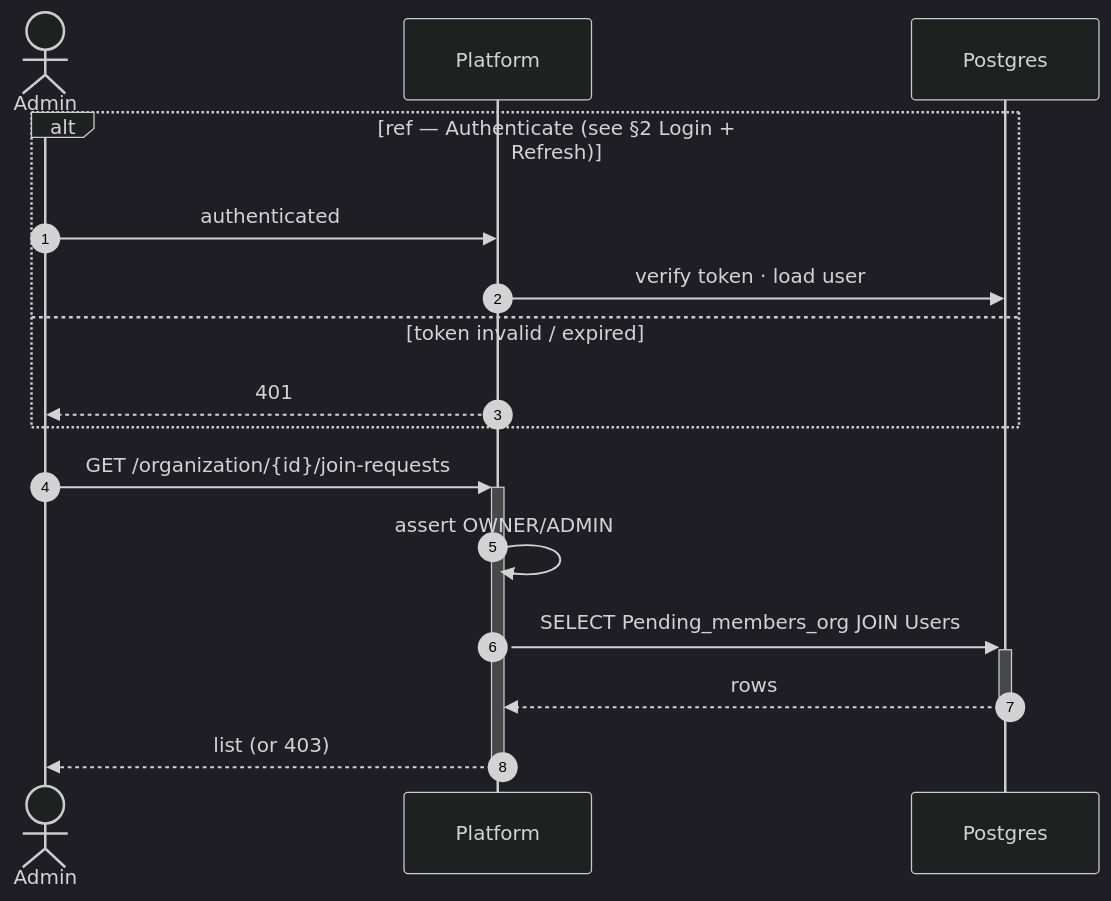
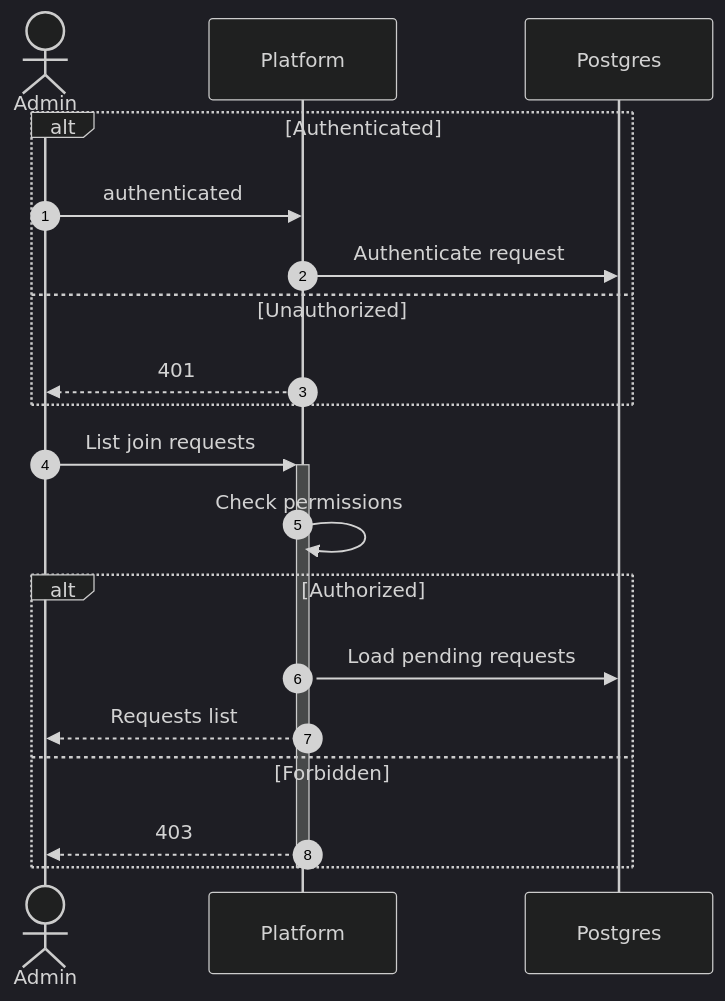
One commit to MohamedChebbi123/teamnest changed the sixth of 16 diagrams in docs/SEQUENCE_DIAGRAMS.md. Above: the diagram before and after it, drawn with Mermaid (dark theme). The commit also changed other lines of this file, not shown here.

````diff
--- a/docs/SEQUENCE_DIAGRAMS.md
+++ b/docs/SEQUENCE_DIAGRAMS.md
@@ -176,20 +217,24 @@
 ```mermaid
 sequenceDiagram
     autonumber
     actor Admin
     participant API as Platform
     participant DB as Postgres
 
-    alt ref — Authenticate (see §2 Login + Refresh)
+    alt Authenticated
         Admin->>API: authenticated
-        API->>DB: verify token · load user
-    else token invalid / expired
+        API->>DB: Authenticate request
+    else Unauthorized
         API-->>Admin: 401
     end
 
-    Admin->>+API: GET /organization/{id}/join-requests
-    API->>API: assert OWNER/ADMIN
-    API->>+DB: SELECT Pending_members_org JOIN Users
-    DB-->>-API: rows
-    API-->>-Admin: list (or 403)
+    Admin->>+API: List join requests
+    API->>API: Check permissions
+    alt Authorized
+        API->>DB: Load pending requests
+        API-->>Admin: Requests list
+    else Forbidden
+        API-->>Admin: 403
+    end
+    deactivate API
 ```
````
